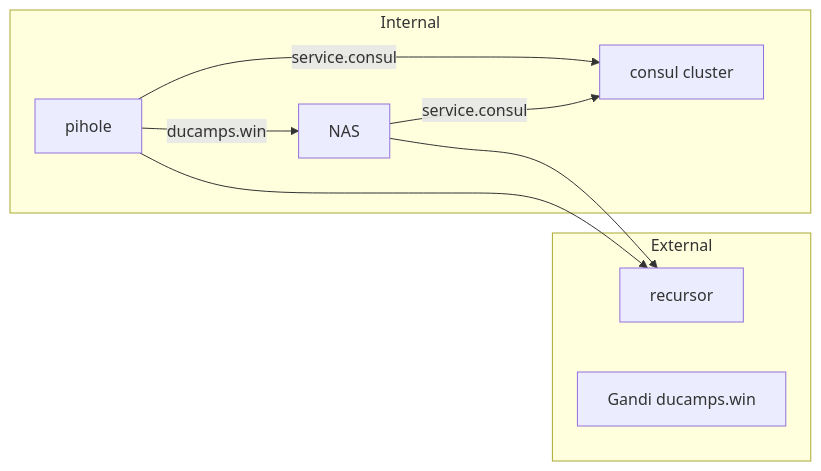
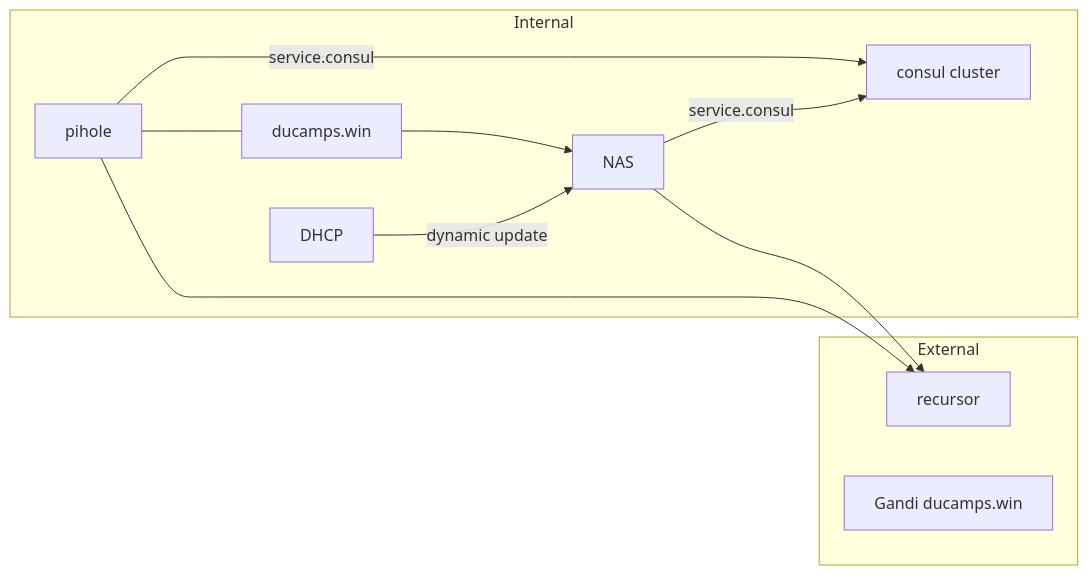
The diagram in docs/DNS.md (vincentDcmps/homelab), drawn with Mermaid before and after one commit. The commit also changed other lines of this file, not shown here.

Commit message:
add DHCP in flowchart

````diff
--- a/docs/DNS.md
+++ b/docs/DNS.md
@@ -3,15 +3,16 @@
 ```mermaid
 flowchart LR
   subgraph External
   recursor
   GandiDns[ Gandi ducamps.win]
   end
   subgraph Internal
-  pihole[pihole]--ducamps.win-->NAS
+  pihole[pihole]----ducamps.win-->NAS
   pihole--service.consul-->consul[consul cluster]
+  DHCP --dynamic update--> NAS
   NAS--service.consul-->consul
   end
   NAS --> recursor
   pihole --> recursor
 
 ```
````
